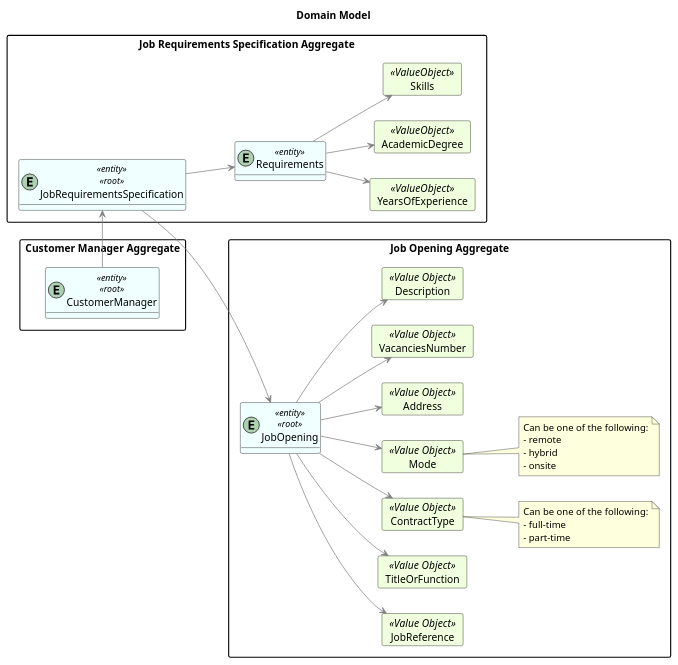
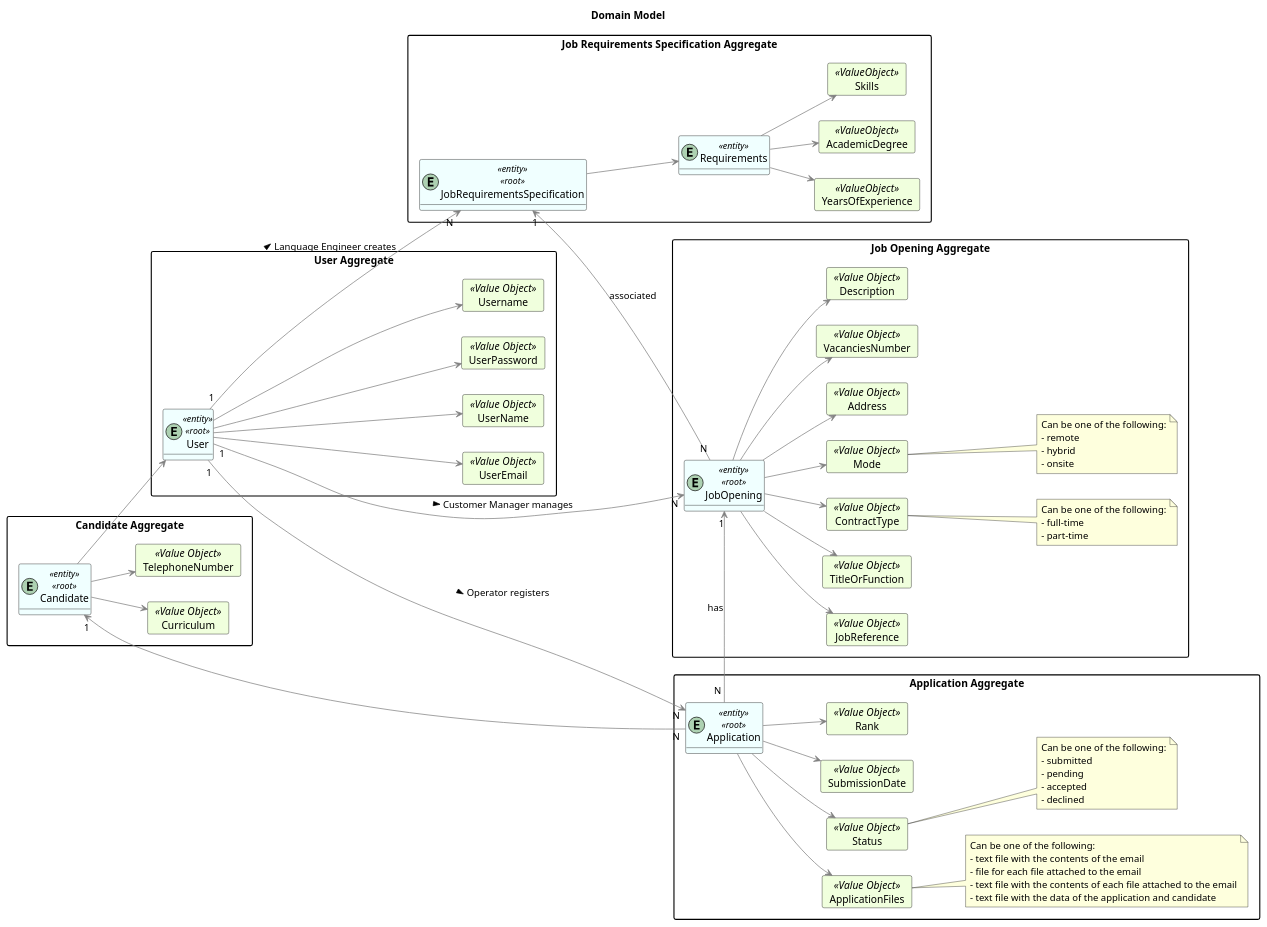
Before and after one commit to MiguelCardoso77/LAPR4: the diagram in docs/SprintC/11-verification_of_requirements/domain-model.puml, drawn with PlantUML. The commit also changed 4 other files, not shown here.

```diff
--- a/docs/SprintC/11-verification_of_requirements/domain-model.puml
+++ b/docs/SprintC/11-verification_of_requirements/domain-model.puml
@@ -1,99 +1,166 @@
 @startuml
 hide methods
 left to right direction
 'skinparam linetype ortho
 
 Title "Domain Model"
 
 skinparam class {
     LifeLineBorderColor DarkBlue
     LifeLineBackgroundColor APPLICATION
     BackgroundColor #F0FFFF
     ArrowColor grey
     BorderColor black
 }
 
 skinparam packageStyle rectangle
 
 skinparam card {
     LifeLineBorderColor Green
     LifeLineBackgroundColor APPLICATION
     BackgroundColor #F0FFDD
     ArrowColor DarkGrey
     BorderColor Black
 }
 
 
 package "Job Requirements Specification Aggregate"{
 entity JobRequirementsSpecification <<entity>><<root>>
 
     entity Requirements <<entity>>
 
         card YearsOfExperience <<ValueObject>>{
         }
         card AcademicDegree <<ValueObject>>{
         }
         card Skills <<ValueObject>>{
         }
 
         Requirements --> YearsOfExperience
         Requirements --> AcademicDegree
         Requirements --> Skills
 
     JobRequirementsSpecification --> Requirements
 
 }
 
-
-package "Customer Manager Aggregate"{
-entity CustomerManager <<entity>><<root>>
-
-}
-
-
 package "Job Opening Aggregate"{
 entity JobOpening <<entity>><<root>>
 
     card JobReference <<Value Object>> {
     }
     card TitleOrFunction <<Value Object>> {
     }
     card ContractType <<Value Object>> {
     }
     card Mode <<Value Object>> {
     }
     card Address <<Value Object>> {
     }
     card VacanciesNumber <<Value Object>> {
     }
     card Description <<Value Object>> {
     }
 
     JobOpening --> JobReference
     JobOpening --> TitleOrFunction
     JobOpening --> ContractType
     JobOpening --> Mode
     JobOpening --> Address
     JobOpening --> VacanciesNumber
     JobOpening --> Description
 
     note right of ContractType
         Can be one of the following:
         - full-time
         - part-time
     end note
 
     note right of Mode
          Can be one of the following:
          - remote
          - hybrid
          - onsite
     end note
 
 }
 
-CustomerManager -> JobRequirementsSpecification
-JobRequirementsSpecification --> JobOpening
+package "User Aggregate"{
+entity User <<entity>><<root>>
+
+    card UserEmail <<Value Object>> {
+    }
+    card UserName <<Value Object>> {
+    }
+    card UserPassword <<Value Object>> {
+    }
+    card Username<<Value Object>> {
+    }
+
+    User --> UserEmail
+    User --> UserName
+    User --> Username
+    User --> UserPassword
+
+}
+
+package "Application Aggregate"{
+entity Application <<entity>><<root>>
+
+    card ApplicationFiles <<Value Object>>{
+    }
+    card Status <<Value Object>>{
+    }
+    card SubmissionDate <<Value Object>>{
+    }
+    card Rank <<Value Object>>{
+    }
+
+    Application --> ApplicationFiles
+    Application --> Status
+    Application --> SubmissionDate
+    Application --> Rank
+
+    note right of Status
+        Can be one of the following:
+        - submitted
+        - pending
+        - accepted
+        - declined
+    end note
+
+    note right of ApplicationFiles
+        Can be one of the following:
+        - text file with the contents of the email
+        - file for each file attached to the email
+        - text file with the contents of each file attached to the email
+        - text file with the data of the application and candidate
+    end note
+
+}
+
+package "Candidate Aggregate"{
+entity Candidate <<entity>><<root>>
+
+    card Curriculum <<Value Object>> {
+    }
+    card TelephoneNumber <<Value Object>>{
+    }
+
+    Candidate --> Curriculum
+    Candidate --> TelephoneNumber
+}
+
+JobOpening "1" <-- "N " Application : has
+Application "N" --> "1" Candidate
+JobRequirementsSpecification "1" <-- "N" JobOpening : associated
+User "1" ---> "N" JobOpening : Customer Manager manages >
+
+User "1" ---> "N" Application : Operator registers >
+
+User "1" --> "N" JobRequirementsSpecification : Language Engineer creates >
+Candidate --> User
+
 
 
 @enduml
```
